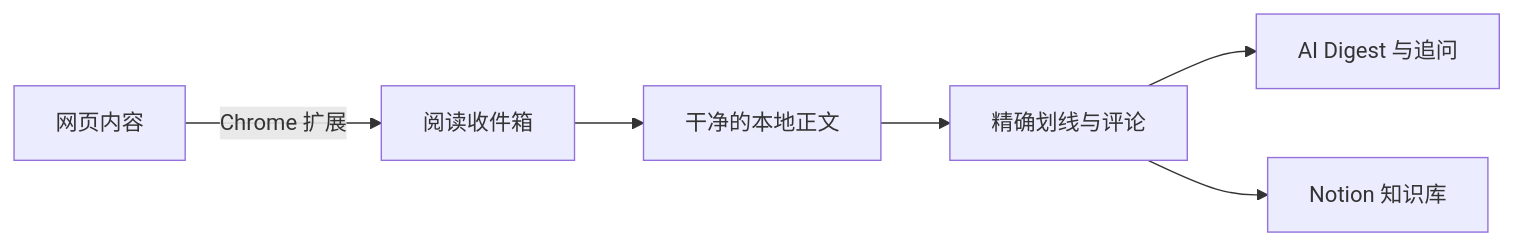
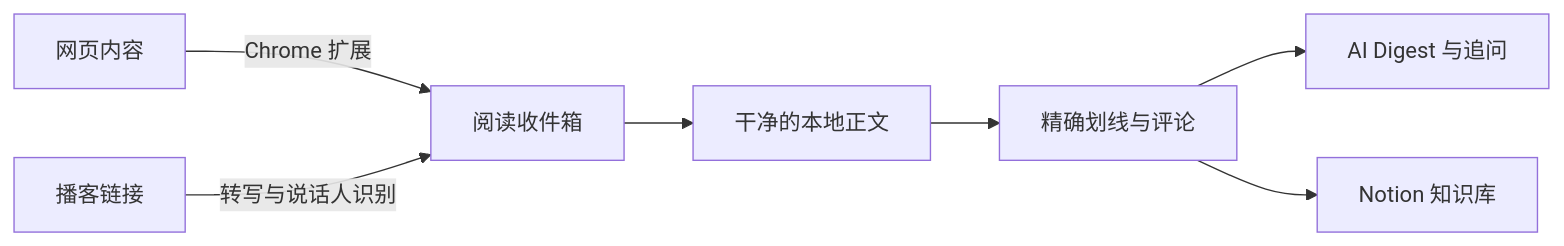
Before and after one commit to echoechoher/readlater-open-source: the first of 2 diagrams in README.md, drawn with Mermaid. The commit also changed other lines of this file and 25 other files, not shown here.

````diff
--- a/README.md
+++ b/README.md
@@ -43,8 +44,9 @@
 ```mermaid
 flowchart LR
     A[网页内容] -->|Chrome 扩展| B[阅读收件箱]
+    P[播客链接] -->|转写与说话人识别| B
     B --> C[干净的本地正文]
     C --> D[精确划线与评论]
     D --> E[AI Digest 与追问]
     D --> F[Notion 知识库]
 ```
````
